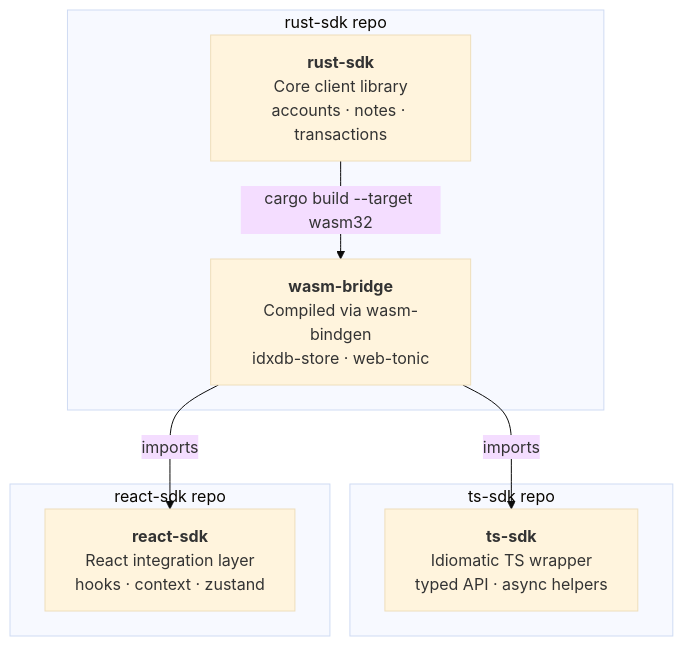
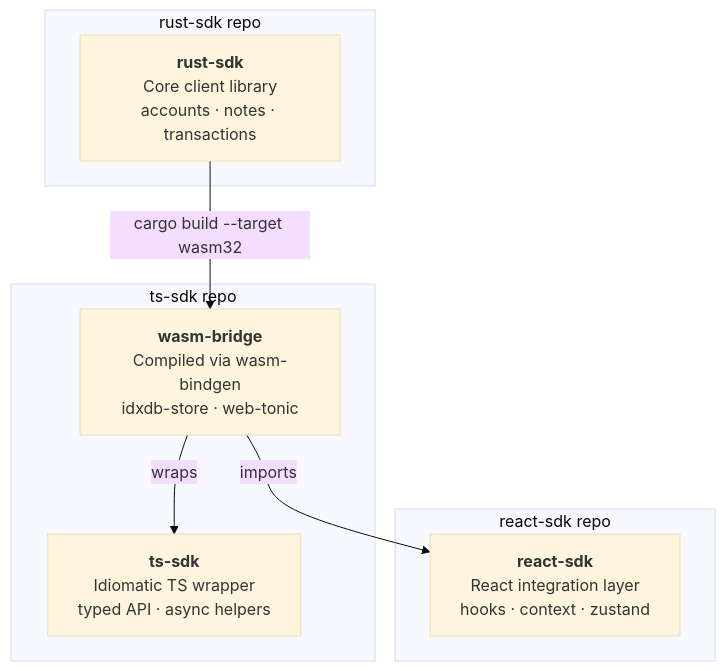
One commit to 0xMiden/miden-client changed the diagram in README.md. Above: the diagram before and after it, drawn with Mermaid (base theme). The commit also changed other lines of this file, not shown here.

Commit message:
docs: align README with three-repo vision (rust-sdk, ts-sdk, react-sdk)

````diff
--- a/README.md
+++ b/README.md
@@ -19,19 +19,19 @@
 ```mermaid
 graph TB
     subgraph rust-sdk-repo["rust-sdk repo"]
         rust-sdk["<b>rust-sdk</b><br/>Core client library<br/>accounts · notes · transactions"]
-        wasm-bridge["<b>wasm-bridge</b><br/>Compiled via wasm-bindgen<br/>idxdb-store · web-tonic"]
     end
 
     subgraph ts-sdk-repo["ts-sdk repo"]
+        wasm-bridge["<b>wasm-bridge</b><br/>Compiled via wasm-bindgen<br/>idxdb-store · web-tonic"]
         ts-sdk["<b>ts-sdk</b><br/>Idiomatic TS wrapper<br/>typed API · async helpers"]
     end
 
     subgraph react-sdk-repo["react-sdk repo"]
         react-sdk["<b>react-sdk</b><br/>React integration layer<br/>hooks · context · zustand"]
     end
 
     rust-sdk -- "cargo build --target wasm32" --> wasm-bridge
-    wasm-bridge -- "imports" --> ts-sdk
+    wasm-bridge -- "wraps" --> ts-sdk
     wasm-bridge -- "imports" --> react-sdk
 ```
````
